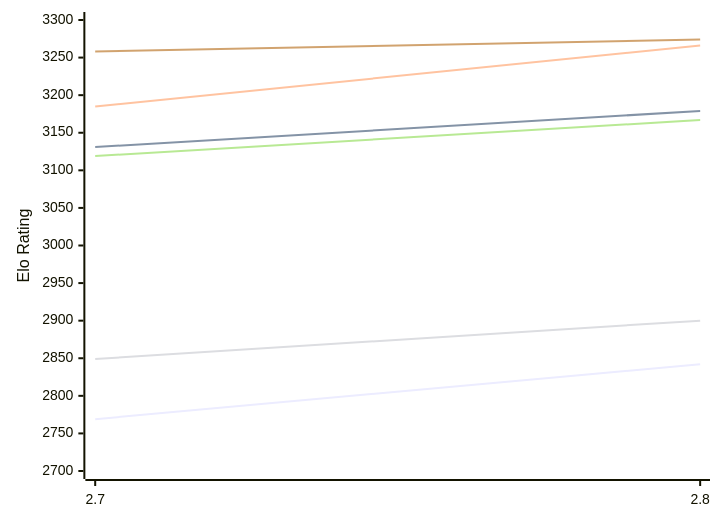
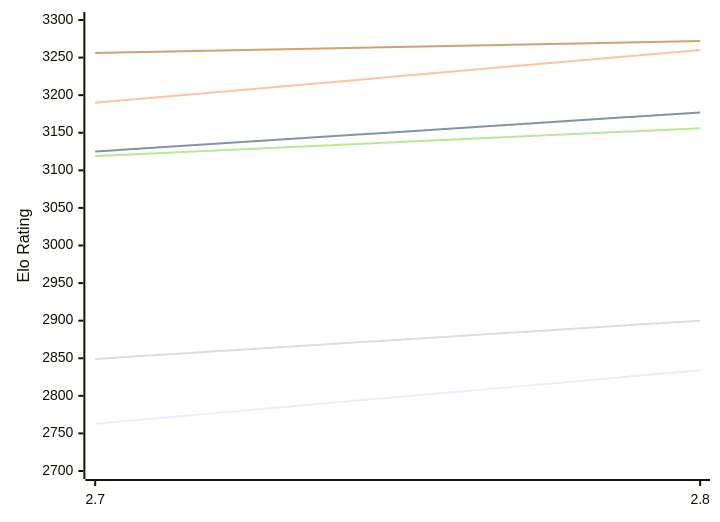
The first of 2 diagrams in engines/Arcanum.md (computer-chess-index/cci), drawn with Mermaid before and after one commit. The commit also changed other lines of this file, not shown here.

Commit message:
Update CCI Ratings (ELO VLTC) - 2026-11-26

````diff
--- a/engines/Arcanum.md
+++ b/engines/Arcanum.md
@@ -50,12 +50,12 @@
 ```mermaid
 %%{init: {"theme":"base","themeVariables":{"seriesColors:['#a3a3a3','#222221','#faa371']}}}%%
 xychart-beta
   x-axis ["2.7", "2.8"]
   y-axis "Elo Rating" 2700 --> 3300
-  line "E1: STC (8.0+0.08s)" [2769, 2842]
-  line "E1: LTC (60.0+0.60s)" [3131, 3179]
-  line "E1: VLTC (2m24s+1.12s)" [3185, 3266]
+  line "E1: STC (8.0+0.08s)" [2763, 2834]
+  line "E1: LTC (60.0+0.60s)" [3125, 3177]
+  line "E1: VLTC (2m24s+1.12s)" [3190, 3260]
   line "P1: STC (8.0+0.08s)" [2849, 2900]
-  line "P1: LTC (60.0+0.60s)" [3119, 3167]
-  line "P1: VLTC (2m24s+1.12s)" [3258, 3274]
+  line "P1: LTC (60.0+0.60s)" [3119, 3156]
+  line "P1: VLTC (2m24s+1.12s)" [3256, 3272]
 ```
````
